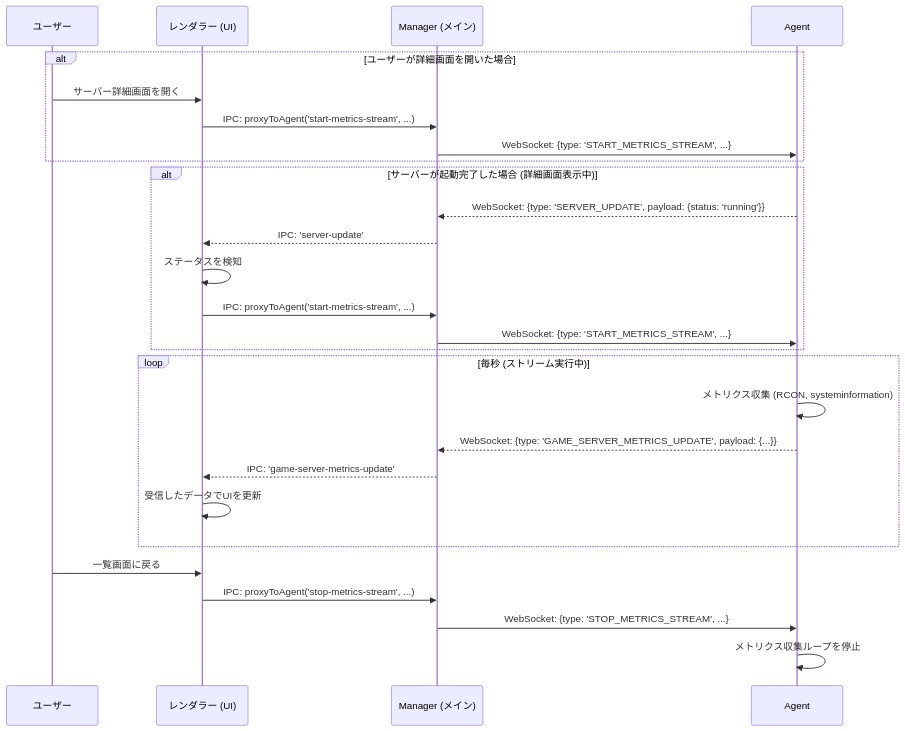
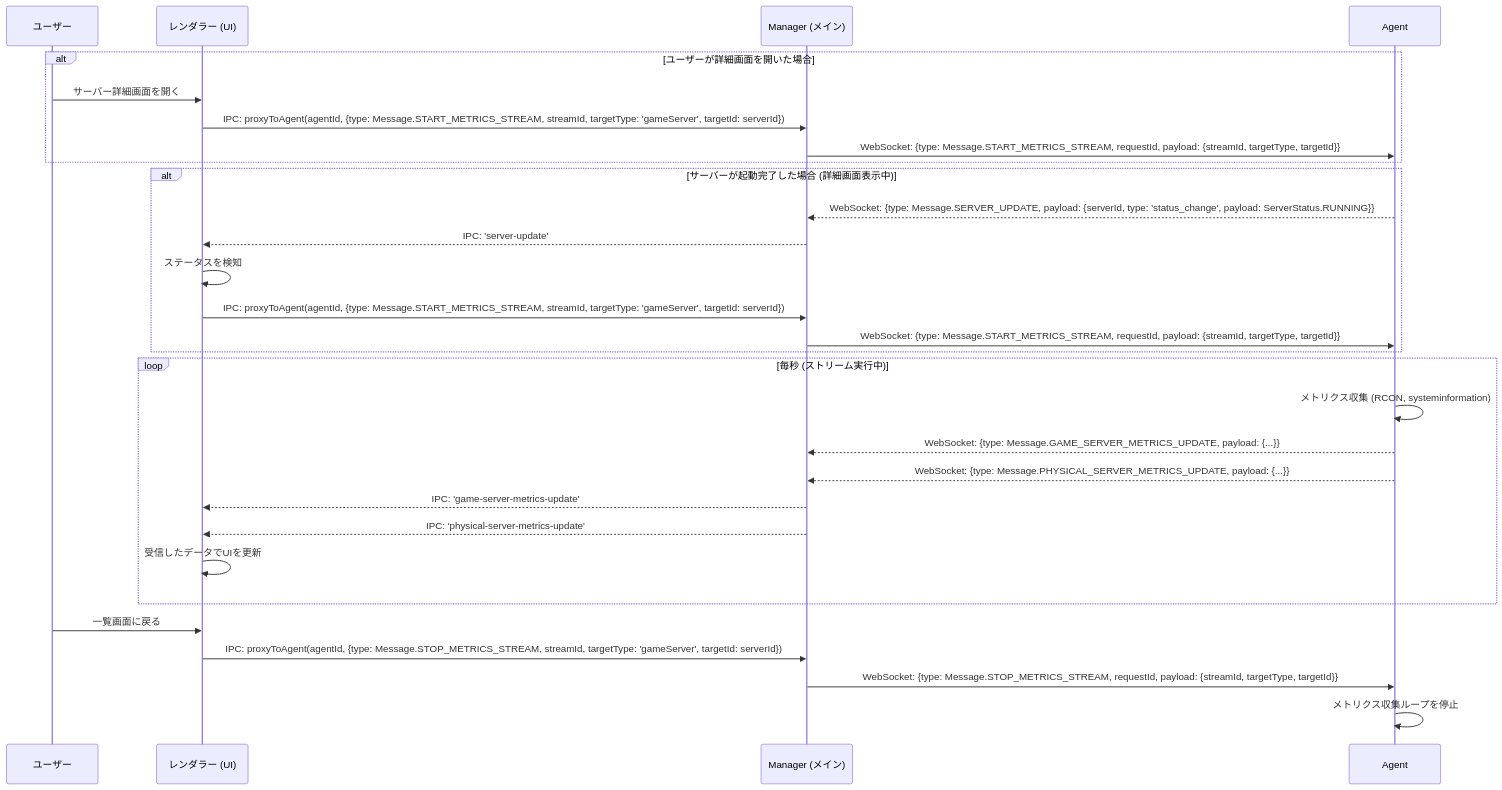
One commit to Nekolite-Studio/NL-ServerManager changed the fifth of 6 diagrams in markdown/docs/COMMUNICATION_FLOW.md. Above: the diagram before and after it, drawn with Mermaid. The commit also changed other lines of this file and 24 other files, not shown here.

````diff
--- a/markdown/docs/COMMUNICATION_FLOW.md
+++ b/markdown/docs/COMMUNICATION_FLOW.md
@@ -146,33 +146,35 @@
 ```mermaid
 sequenceDiagram
     participant User as ユーザー
     participant Renderer as レンダラー (UI)
     participant Main as Manager (メイン)
     participant Agent
 
     alt ユーザーが詳細画面を開いた場合
         User->>Renderer: サーバー詳細画面を開く
-        Renderer->>Main: IPC: proxyToAgent('start-metrics-stream', ...)
-        Main->>Agent: WebSocket: {type: 'START_METRICS_STREAM', ...}
+        Renderer->>Main: IPC: proxyToAgent(agentId, {type: Message.START_METRICS_STREAM, streamId, targetType: 'gameServer', targetId: serverId})
+        Main->>Agent: WebSocket: {type: Message.START_METRICS_STREAM, requestId, payload: {streamId, targetType, targetId}}
     end
 
     alt サーバーが起動完了した場合 (詳細画面表示中)
-        Agent-->>Main: WebSocket: {type: 'SERVER_UPDATE', payload: {status: 'running'}}
+        Agent-->>Main: WebSocket: {type: Message.SERVER_UPDATE, payload: {serverId, type: 'status_change', payload: ServerStatus.RUNNING}}
         Main-->>Renderer: IPC: 'server-update'
         Renderer->>Renderer: ステータスを検知
-        Renderer->>Main: IPC: proxyToAgent('start-metrics-stream', ...)
-        Main->>Agent: WebSocket: {type: 'START_METRICS_STREAM', ...}
+        Renderer->>Main: IPC: proxyToAgent(agentId, {type: Message.START_METRICS_STREAM, streamId, targetType: 'gameServer', targetId: serverId})
+        Main->>Agent: WebSocket: {type: Message.START_METRICS_STREAM, requestId, payload: {streamId, targetType, targetId}}
     end
     
     loop 毎秒 (ストリーム実行中)
         Agent->>Agent: メトリクス収集 (RCON, systeminformation)
-        Agent-->>Main: WebSocket: {type: 'GAME_SERVER_METRICS_UPDATE', payload: {...}}
+        Agent-->>Main: WebSocket: {type: Message.GAME_SERVER_METRICS_UPDATE, payload: {...}}
+        Agent-->>Main: WebSocket: {type: Message.PHYSICAL_SERVER_METRICS_UPDATE, payload: {...}}
         Main-->>Renderer: IPC: 'game-server-metrics-update'
+        Main-->>Renderer: IPC: 'physical-server-metrics-update'
         Renderer->>Renderer: 受信したデータでUIを更新
     end
 
     User->>Renderer: 一覧画面に戻る
-    Renderer->>Main: IPC: proxyToAgent('stop-metrics-stream', ...)
-    Main->>Agent: WebSocket: {type: 'STOP_METRICS_STREAM', ...}
+    Renderer->>Main: IPC: proxyToAgent(agentId, {type: Message.STOP_METRICS_STREAM, streamId, targetType: 'gameServer', targetId: serverId})
+    Main->>Agent: WebSocket: {type: Message.STOP_METRICS_STREAM, requestId, payload: {streamId, targetType, targetId}}
     Agent->>Agent: メトリクス収集ループを停止
 ```
````
